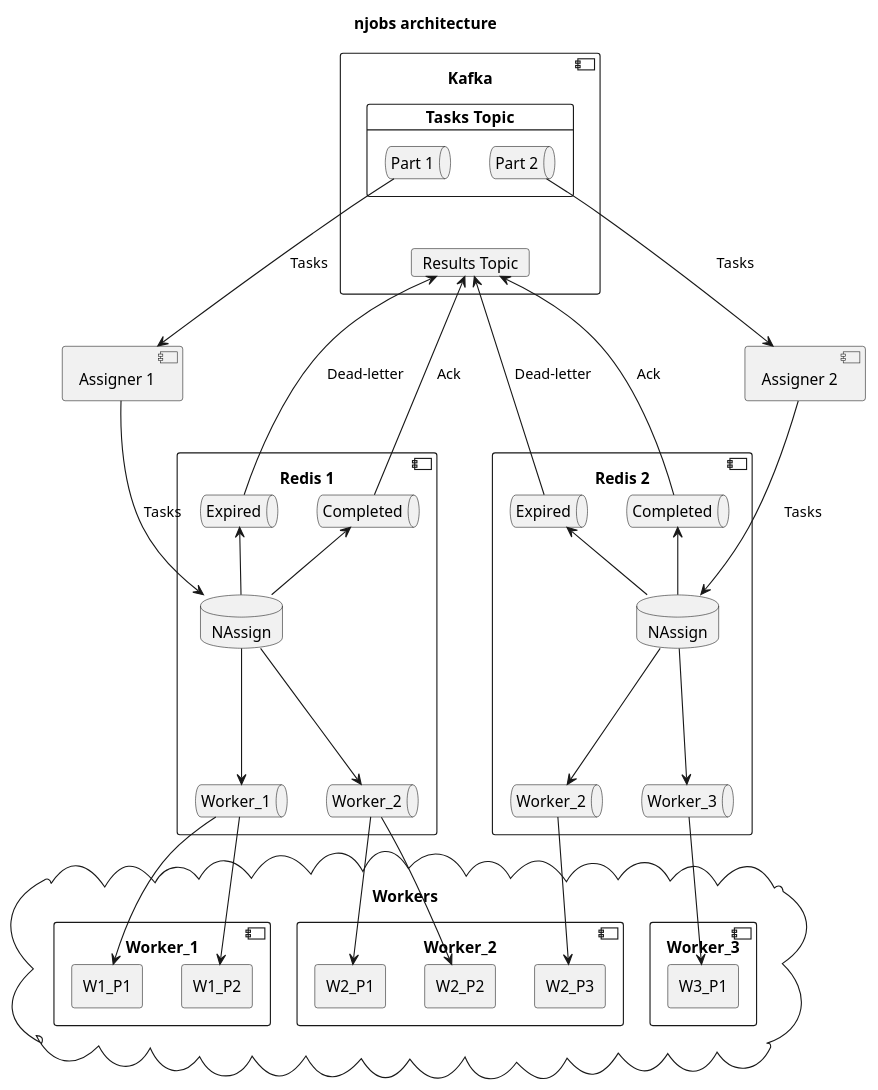
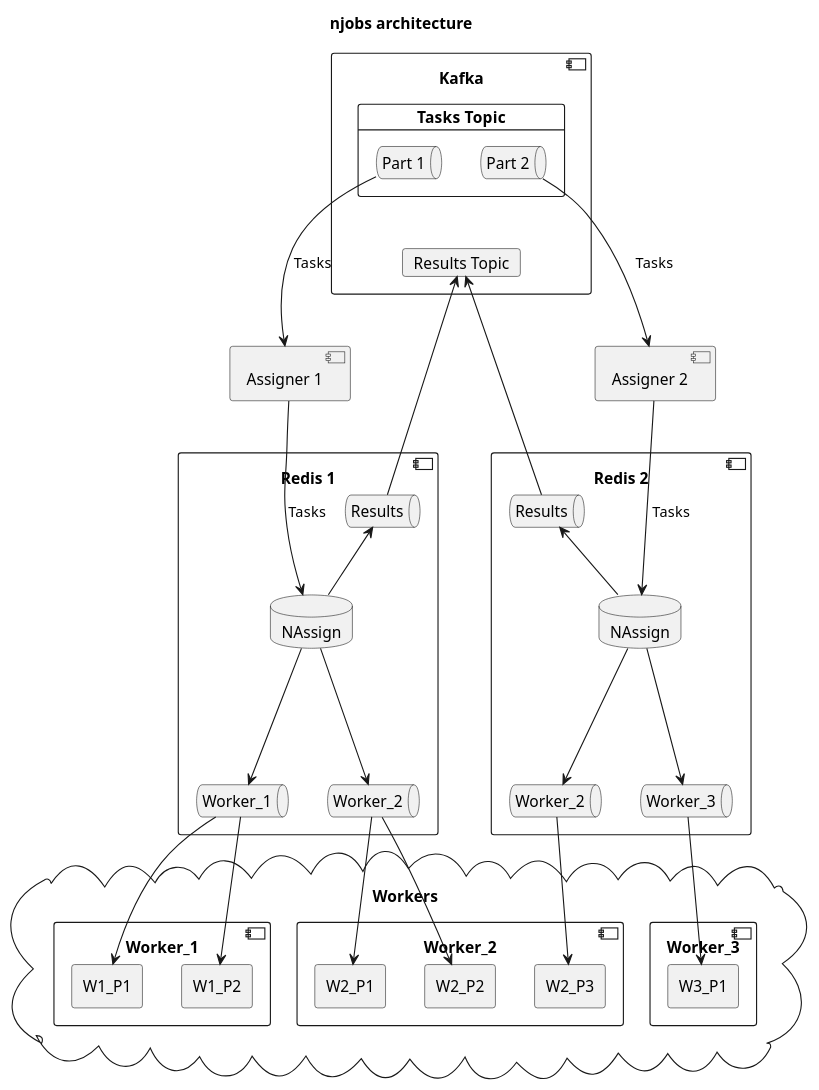
The diagram in docs/njobs.puml (od2/hive), drawn with PlantUML before and after one commit.

Commit message:
docs/njobs.puml: small result queue correction
[skip ci]

```diff
--- a/docs/njobs.puml
+++ b/docs/njobs.puml
@@ -1,81 +1,75 @@
 @startuml
 title njobs architecture
 
 component Kafka as Kafka_K1 {
   card "Tasks Topic" as Kafka_K1_Tasks {
     queue "Part 1" as KafkaTasks_P1
     queue "Part 2" as KafkaTasks_P2
   }
   card "Results Topic" as Kafka_K1_Results {
   }
 }
 
 component "Redis 1" as Redis_I1 {
   database NAssign as Redis_I1_NAssign
-  queue Expired as Redis_R1_Expired
-  queue Completed as Redis_R1_Completed
+  queue Results as Redis_R1_Results
   queue Worker_1 as Redis_R1_Worker_1
   queue Worker_2 as Redis_R1_Worker_2
 }
 
 component "Assigner 1" as Assigner_A1
 
 KafkaTasks_P1 ---> Assigner_A1: Tasks
 Assigner_A1 ---> Redis_I1_NAssign: Tasks
 Redis_I1_NAssign ---> Redis_R1_Worker_1
 Redis_I1_NAssign ---> Redis_R1_Worker_2
-Redis_R1_Expired <-- Redis_I1_NAssign
-Redis_R1_Completed <-- Redis_I1_NAssign
+Redis_R1_Results <-- Redis_I1_NAssign
 
-Kafka_K1_Results <-- Redis_R1_Expired: Dead-letter
-Kafka_K1_Results <-- Redis_R1_Completed: Ack
+Kafka_K1_Results <-- Redis_R1_Results
 
 cloud Workers {
     component Worker_1 {
       agent W1_P1
       agent W1_P2
     }
     component Worker_2 {
       agent W2_P1
       agent W2_P2
       agent W2_P3
     }
     component Worker_3 {
       agent W3_P1
     }
 }
 
 Redis_R1_Worker_1 --> W1_P1
 Redis_R1_Worker_1 --> W1_P2
 
 Redis_R1_Worker_2 --> W2_P1
 Redis_R1_Worker_2 --> W2_P2
 
 component "Redis 2" as Redis_I2 {
   database NAssign as Redis_I2_NAssign
-  queue Expired as Redis_R2_Expired
-  queue Completed as Redis_R2_Completed
+  queue Results as Redis_R2_Results
   queue Worker_2 as Redis_R2_Worker_2
   queue Worker_3 as Redis_R2_Worker_3
 }
 
 component "Assigner 2" as Assigner_A2
 
 KafkaTasks_P2 ---> Assigner_A2: Tasks
 Assigner_A2 ---> Redis_I2_NAssign: Tasks
 Redis_I2_NAssign ---> Redis_R2_Worker_2
 Redis_I2_NAssign ---> Redis_R2_Worker_3
-Redis_R2_Expired <-- Redis_I2_NAssign
-Redis_R2_Completed <-- Redis_I2_NAssign
+Redis_R2_Results <-- Redis_I2_NAssign
 
-Kafka_K1_Results <-- Redis_R2_Expired: Dead-letter
-Kafka_K1_Results <-- Redis_R2_Completed: Ack
+Kafka_K1_Results <-- Redis_R2_Results
 
 Redis_R2_Worker_2 --> W2_P3
 Redis_R2_Worker_3 --> W3_P1
 
 KafkaTasks_P1 -[hidden]-> Kafka_K1_Results
 KafkaTasks_P2 -[hidden]-> Kafka_K1_Results
 
 Redis_R1_Worker_2 <-[hidden] Redis_R1_Worker_1
 @enduml
```
